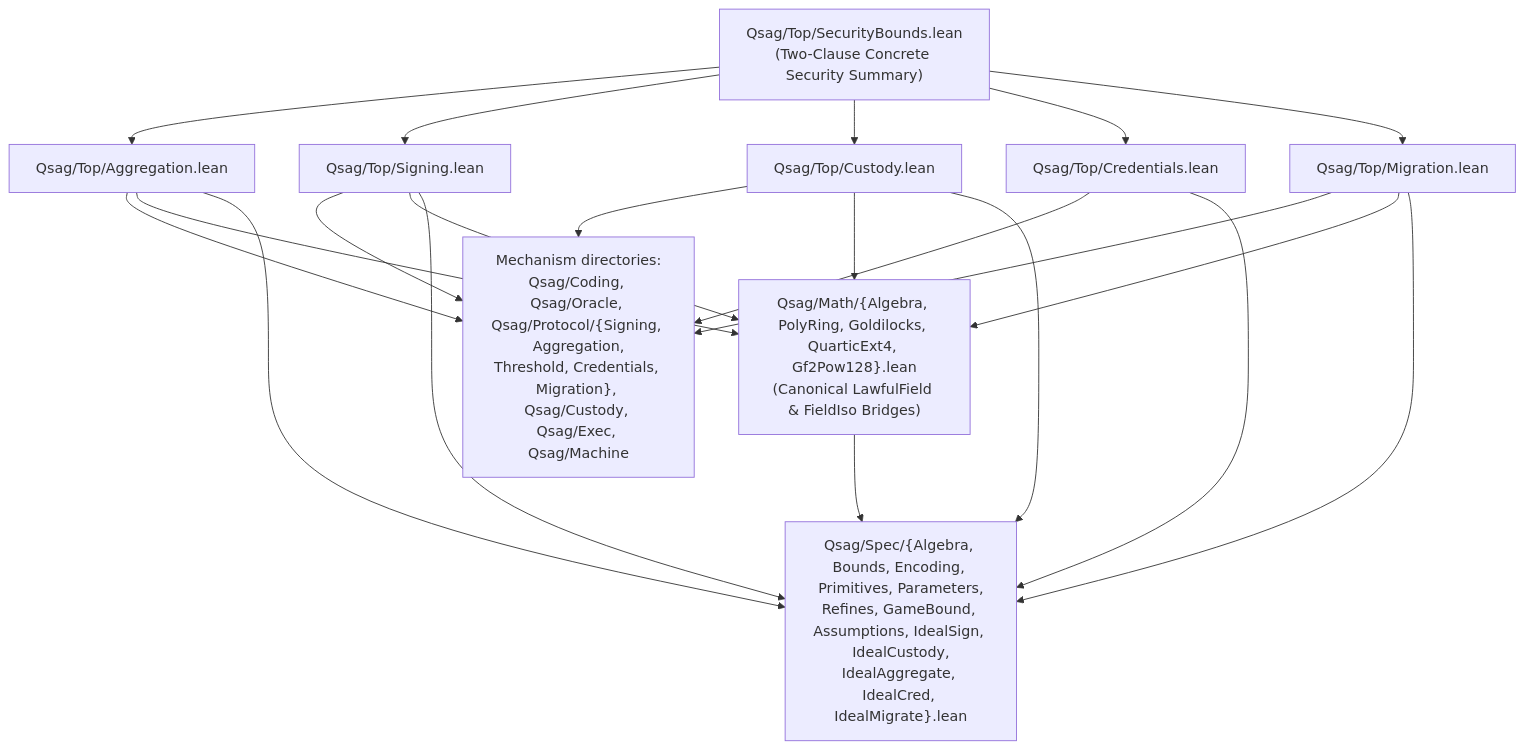
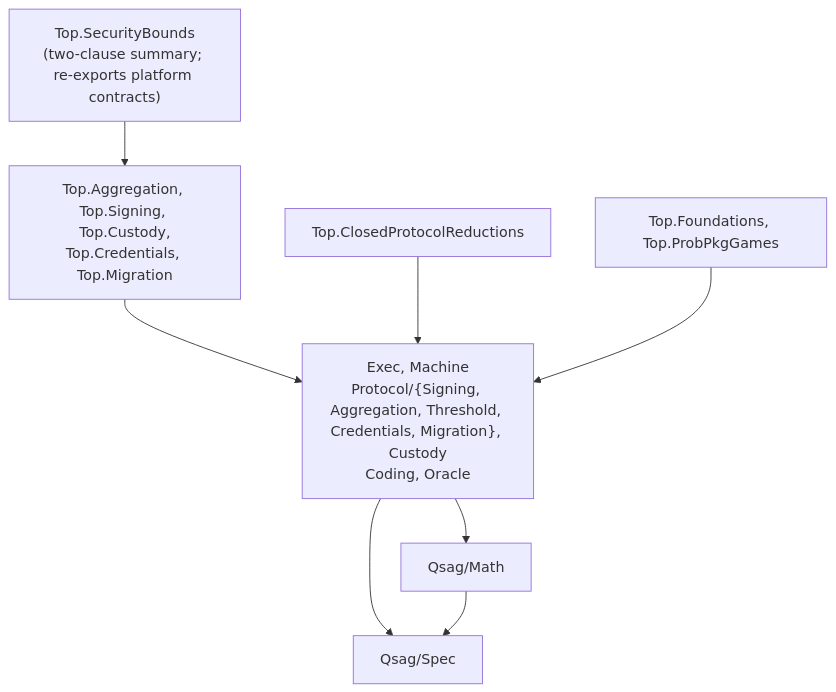
One commit to emberian/qsag changed the diagram in docs/PROOF_ARCHITECTURE.md. Above: the diagram before and after it, drawn with Mermaid. The commit also changed other lines of this file and 2 other files, not shown here.

First line of the commit message:
docs: refresh Aeneas, constant-time asm and proof architecture

````diff
--- a/docs/PROOF_ARCHITECTURE.md
+++ b/docs/PROOF_ARCHITECTURE.md
@@ -19,19 +21,17 @@
 ```mermaid
 flowchart TD
-    TopSec["Qsag/Top/SecurityBounds.lean<br/>(Two-Clause Concrete Security Summary)"]
-    TopAgg["Qsag/Top/Aggregation.lean"]
-    TopSign["Qsag/Top/Signing.lean"]
-    TopCust["Qsag/Top/Custody.lean"]
-    TopCred["Qsag/Top/Credentials.lean"]
-    TopMig["Qsag/Top/Migration.lean"]
+    TopSec["Top.SecurityBounds<br/>(two-clause summary; re-exports platform contracts)"]
+    TopClosed["Top.ClosedProtocolReductions"]
+    TopDom["Top.Aggregation, Top.Signing, Top.Custody,<br/>Top.Credentials, Top.Migration"]
+    TopBase["Top.Foundations, Top.ProbPkgGames"]
 
-    Mech["Mechanism directories:<br/>Qsag/Coding, Qsag/Oracle, Qsag/Protocol/{Signing, Aggregation,<br/>Threshold, Credentials, Migration}, Qsag/Custody, Qsag/Exec, Qsag/Machine"]
-    Math["Qsag/Math/{Algebra, PolyRing, Goldilocks, QuarticExt4, Gf2Pow128}.lean<br/>(Canonical LawfulField & FieldIso Bridges)"]
-    Spec["Qsag/Spec/{Algebra, Bounds, Encoding, Primitives, Parameters,<br/>Refines, GameBound, Assumptions, IdealSign, IdealCustody,<br/>IdealAggregate, IdealCred, IdealMigrate}.lean"]
+    Mech["Exec, Machine<br/>Protocol/{Signing, Aggregation, Threshold, Credentials, Migration}, Custody<br/>Coding, Oracle"]
+    Math["Qsag/Math"]
+    Spec["Qsag/Spec"]
 
-    TopSec --> TopAgg & TopSign & TopCust & TopCred & TopMig
-    TopAgg & TopSign & TopCust & TopCred & TopMig --> Mech
-    TopAgg & TopSign & TopCust & TopMig --> Math
-    TopAgg & TopSign & TopCust & TopCred & TopMig --> Spec
+    TopSec --> TopDom
+    TopDom & TopClosed & TopBase --> Mech
+    Mech --> Math
+    Mech --> Spec
     Math --> Spec
 ```
````
